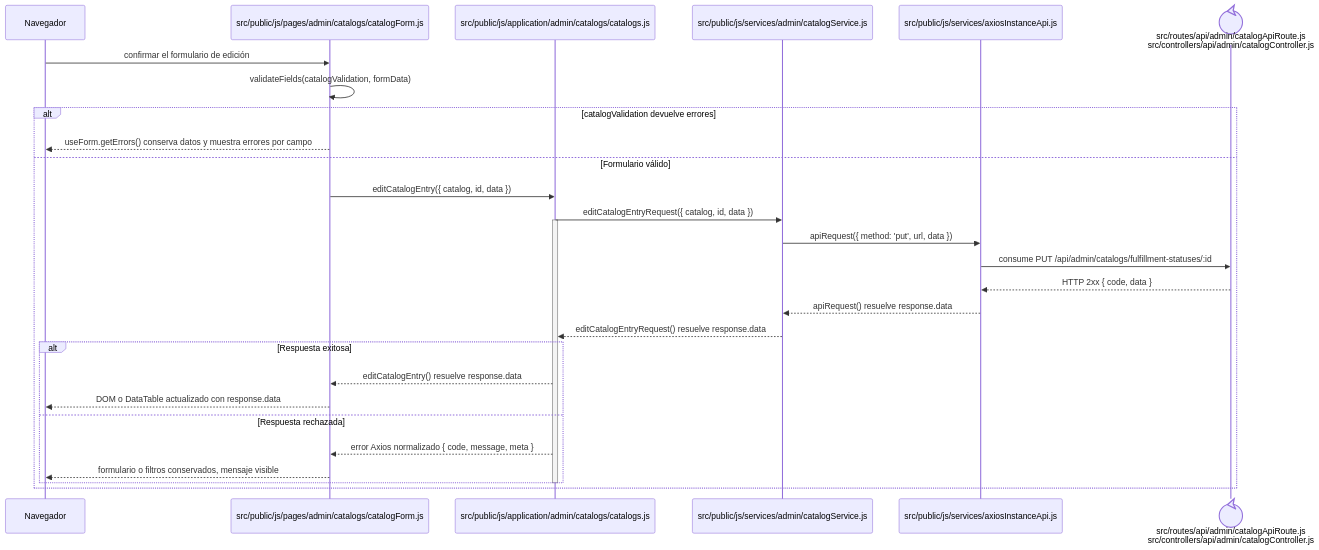
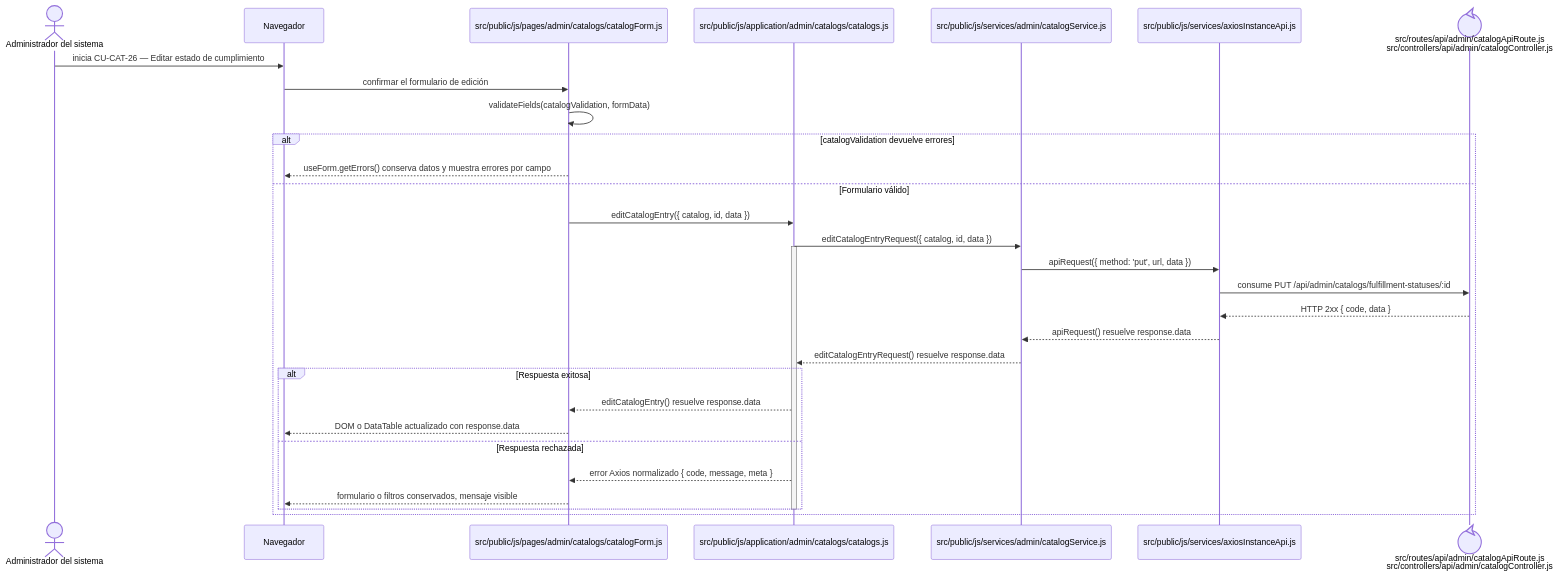
The diagram in docs/architecture/frontend-code-sequences/catalogs/cu-cat-26.md (gpgsistemas01/nexus), drawn with Mermaid before and after one commit. The commit also changed 105 other files, not shown here.

````diff
--- a/docs/architecture/frontend-code-sequences/catalogs/cu-cat-26.md
+++ b/docs/architecture/frontend-code-sequences/catalogs/cu-cat-26.md
@@ -6,32 +6,34 @@
 ```mermaid
 sequenceDiagram
+    actor Initiator as Administrador del sistema
     participant Browser as Navegador
     participant View as src/public/js/pages/admin/catalogs/catalogForm.js
     participant Application as src/public/js/application/admin/catalogs/catalogs.js
     participant Request as src/public/js/services/admin/catalogService.js
     participant HTTP as src/public/js/services/axiosInstanceApi.js
     participant Transport@{ "type": "control" } as src/routes/api/admin/catalogApiRoute.js<br/>src/controllers/api/admin/catalogController.js
 
+    Initiator->>Browser: inicia CU-CAT-26 — Editar estado de cumplimiento
     Browser->>View: confirmar el formulario de edición
     View->>View: validateFields(catalogValidation, formData)
     alt catalogValidation devuelve errores
         View-->>Browser: useForm.getErrors() conserva datos y muestra errores por campo
     else Formulario válido
         View->>Application: editCatalogEntry({ catalog, id, data })
         Application->>Request: editCatalogEntryRequest({ catalog, id, data })
         activate Application
         Request->>HTTP: apiRequest({ method: 'put', url, data })
         HTTP->>Transport: consume PUT /api/admin/catalogs/fulfillment-statuses/:id
         Transport-->>HTTP: HTTP 2xx { code, data }
         HTTP-->>Request: apiRequest() resuelve response.data
         Request-->>Application: editCatalogEntryRequest() resuelve response.data
         alt Respuesta exitosa
             Application-->>View: editCatalogEntry() resuelve response.data
             View-->>Browser: DOM o DataTable actualizado con response.data
         else Respuesta rechazada
             Application-->>View: error Axios normalizado { code, message, meta }
             View-->>Browser: formulario o filtros conservados, mensaje visible
         end
         deactivate Application
     end
 ```
````
